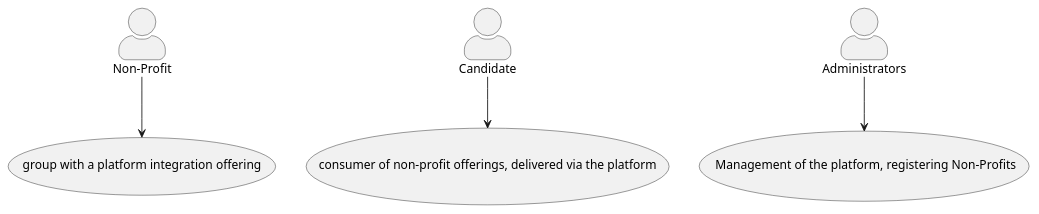
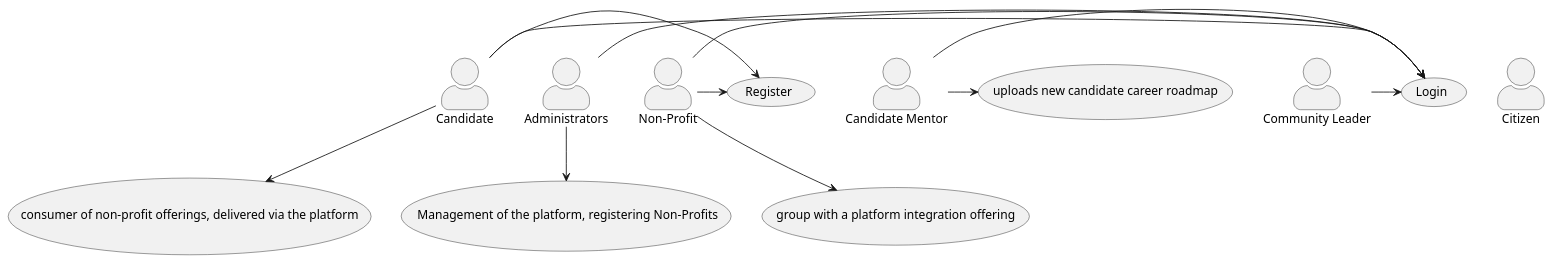
Before and after one commit to Katatubies/kata2022: the diagram in 1.ProblemBackground/usecases.md, drawn with PlantUML. The commit also changed other lines of this file and 7 other files, not shown here.

````diff
--- a/1.ProblemBackground/usecases.md
+++ b/1.ProblemBackground/usecases.md
@@ -7,9 +5,22 @@
 ```plantuml
 @startuml
 skinparam actorStyle awesome
 :Non-Profit: --> (group with a platform integration offering)
 :Candidate: --> (Use)
 "consumer of non-profit offerings, delivered via the platform" as (Use)
 Administrators --> ( Management of the platform, registering Non-Profits)
+
+:Candidate: ->(Login)
+:Administrators: ->(Login)
+:Non-Profit: ->(Login)
+
+:Candidate: ->(Register)
+:Non-Profit: ->(Register)
+
+:Candidate Mentor: -> (uploads new candidate career roadmap)
+:Candidate Mentor: -> (Login)
+:Community Leader: -> (Login)
+:Citizen:
+
 @enduml
 ```
````
